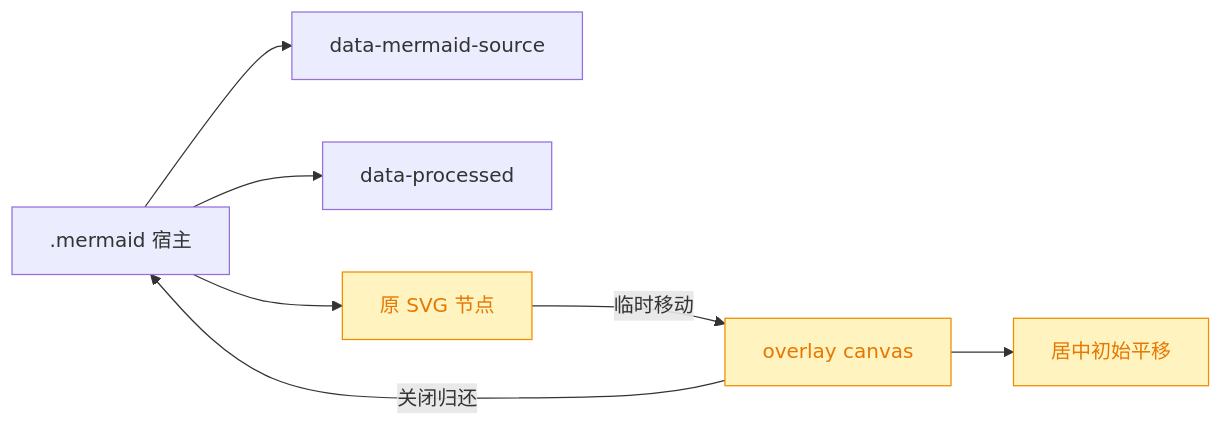
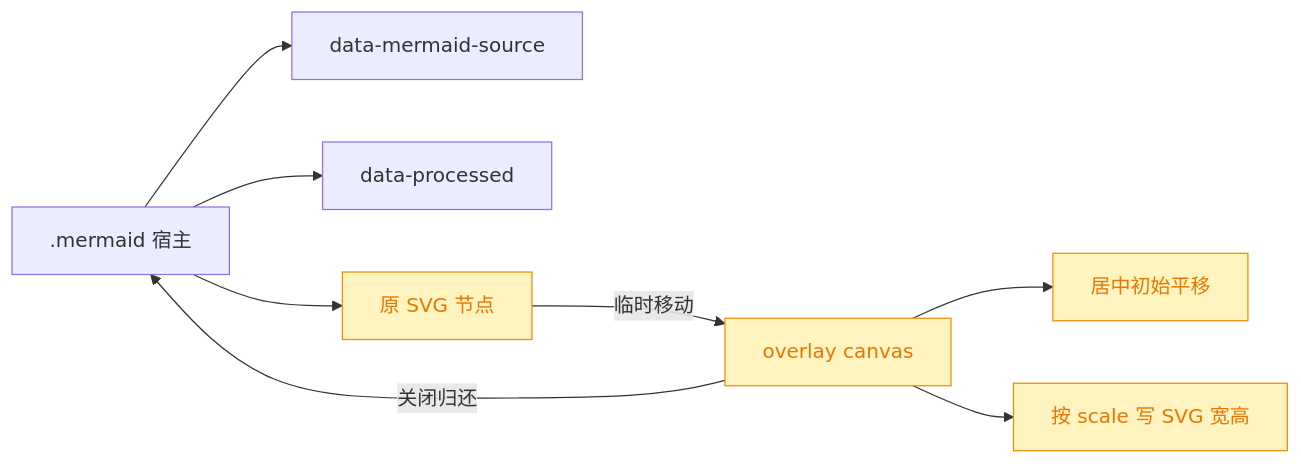
Before and after one commit to hughfenghen/YorZ: the seventh of 7 diagrams in .yorz/specs/260801.feat.mermaid-zoom-controls/spec.md, drawn with Mermaid. The commit also changed other lines of this file and 1 other file, not shown here.

Commit message:
fix: 图形交互缩放失真

````diff
--- a/.yorz/specs/260801.feat.mermaid-zoom-controls/spec.md
+++ b/.yorz/specs/260801.feat.mermaid-zoom-controls/spec.md
@@ -163,13 +186,14 @@
 ```mermaid
 flowchart LR
     MermaidHost[.mermaid 宿主] --> SourceAttr[data-mermaid-source]
     MermaidHost --> ProcessedAttr[data-processed]
     MermaidHost --> Svg[原 SVG 节点]
     Svg -->|临时移动| OverlayCanvas[overlay canvas]
     OverlayCanvas -->|关闭归还| MermaidHost
     OverlayCanvas --> CenterState[居中初始平移]
+    OverlayCanvas --> SvgSize[按 scale 写 SVG 宽高]
 
     classDef breaking fill:#ffdddd,stroke:#e03131,color:#c92a2a
     classDef affected fill:#fff3bf,stroke:#f08c00,color:#e67700
-    class Svg,OverlayCanvas,CenterState affected
+    class Svg,OverlayCanvas,CenterState,SvgSize affected
 ```
````
